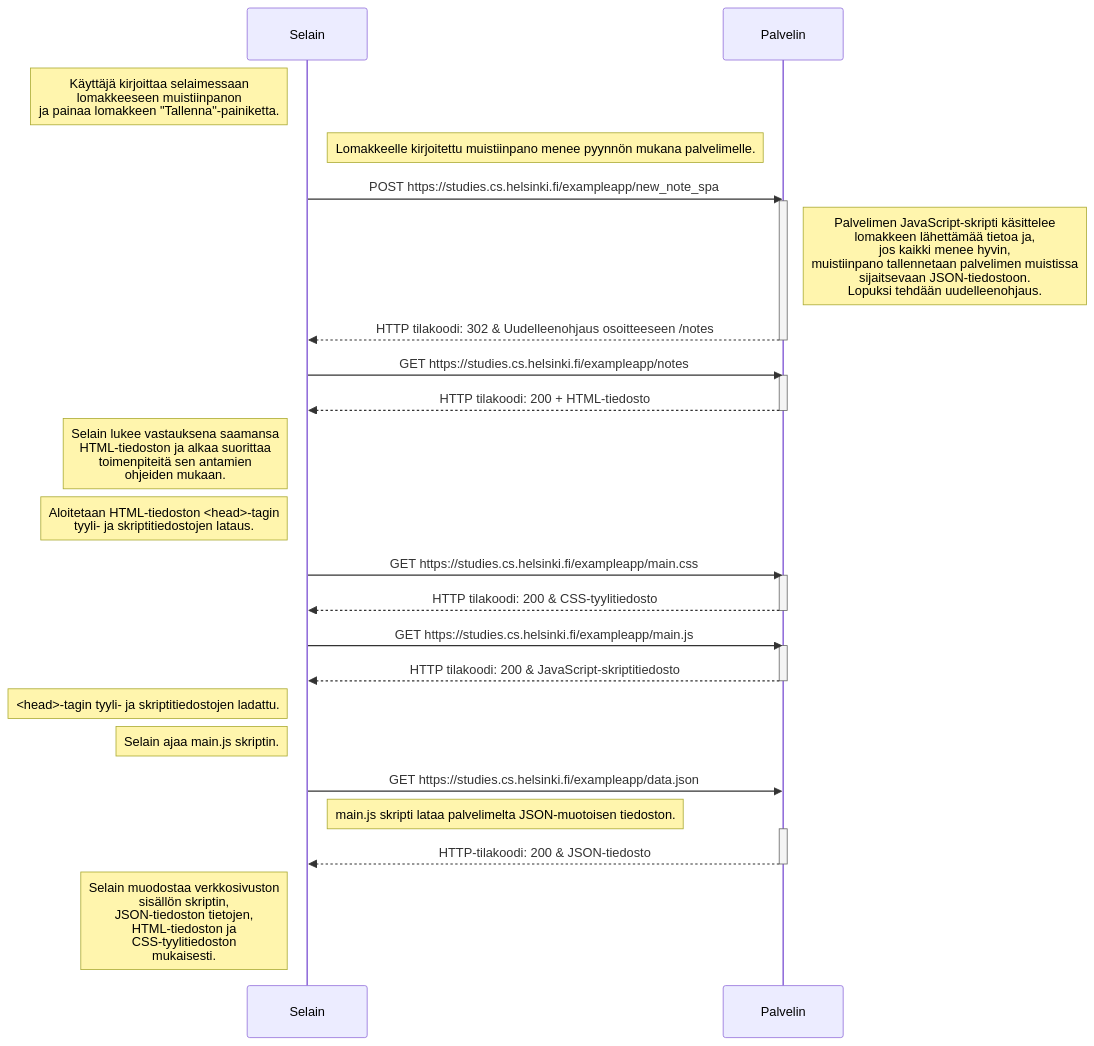
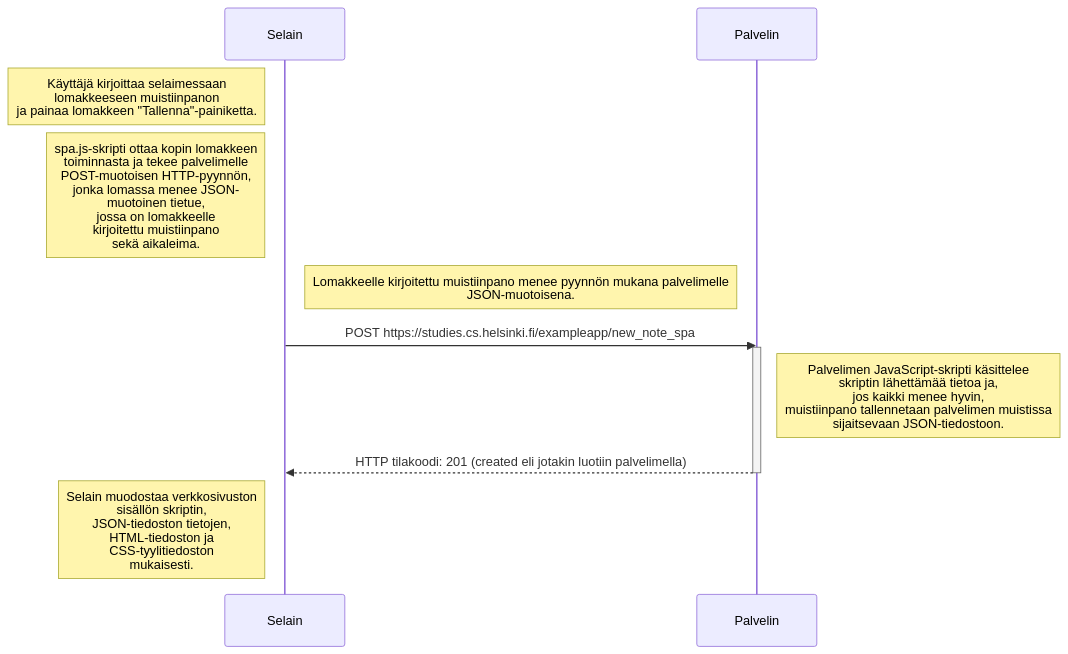
The diagram in osa0/T0.6.md (shamaanikala/FullStack-HY-k2023), drawn with Mermaid before and after one commit.

Commit message:
Vastaus melkein valmis

````diff
--- a/osa0/T0.6.md
+++ b/osa0/T0.6.md
@@ -1,45 +1,17 @@
 ```mermaid
 sequenceDiagram
     participant Selain
     participant Palvelin
     
     Note left of Selain: Käyttäjä kirjoittaa selaimessaan<br>lomakkeeseen muistiinpanon<br>ja painaa lomakkeen "Tallenna"-painiketta.
+    Note left of Selain: spa.js-skripti ottaa kopin lomakkeen<br>toiminnasta ja tekee palvelimelle<br>POST-muotoisen HTTP-pyynnön,<br>jonka lomassa menee JSON-<br>muotoinen tietue,<br>jossa on lomakkeelle<br>kirjoitettu muistiinpano<br>sekä aikaleima.
     
-    Note right of Selain: Lomakkeelle kirjoitettu muistiinpano menee pyynnön mukana palvelimelle.
+    Note right of Selain: Lomakkeelle kirjoitettu muistiinpano menee pyynnön mukana palvelimelle<br>JSON-muotoisena.
     Selain->>Palvelin: POST https://studies.cs.helsinki.fi/exampleapp/new_note_spa
     activate Palvelin
-    Note right of Palvelin: Palvelimen JavaScript-skripti käsittelee<br>lomakkeen lähettämää tietoa ja,<br>jos kaikki menee hyvin,<br>muistiinpano tallennetaan palvelimen muistissa<br>sijaitsevaan JSON-tiedostoon.<br>Lopuksi tehdään uudelleenohjaus.
-    Palvelin-->>Selain: HTTP tilakoodi: 302 & Uudelleenohjaus osoitteeseen /notes
-    deactivate Palvelin
-    
-    Selain->>Palvelin: GET https://studies.cs.helsinki.fi/exampleapp/notes
-    activate Palvelin
-    Palvelin-->>Selain: HTTP tilakoodi: 200 + HTML-tiedosto
-    deactivate Palvelin
-    
-    Note left of Selain: Selain lukee vastauksena saamansa<br>HTML-tiedoston ja alkaa suorittaa<br>toimenpiteitä sen antamien<br>ohjeiden mukaan.
-    
-    Note left of Selain: Aloitetaan HTML-tiedoston <head>-tagin<br>tyyli- ja skriptitiedostojen lataus.
-    
-    Selain->>Palvelin: GET https://studies.cs.helsinki.fi/exampleapp/main.css
-    activate Palvelin
-    Palvelin-->>Selain: HTTP tilakoodi: 200 & CSS-tyylitiedosto
-    deactivate Palvelin
-    
-    Selain->>Palvelin: GET https://studies.cs.helsinki.fi/exampleapp/main.js
-    activate Palvelin
-    Palvelin-->>Selain: HTTP tilakoodi: 200 & JavaScript-skriptitiedosto
-    deactivate Palvelin
-    
-    Note left of Selain: <head>-tagin tyyli- ja skriptitiedostojen ladattu.
-    
-    Note left of Selain: Selain ajaa main.js skriptin.
-    
-    Selain->>Palvelin: GET https://studies.cs.helsinki.fi/exampleapp/data.json
-    Note right of Selain: main.js skripti lataa palvelimelta JSON-muotoisen tiedoston.
-    activate Palvelin
-    Palvelin-->>Selain: HTTP-tilakoodi: 200 & JSON-tiedosto
+    Note right of Palvelin: Palvelimen JavaScript-skripti käsittelee<br>skriptin lähettämää tietoa ja,<br>jos kaikki menee hyvin,<br>muistiinpano tallennetaan palvelimen muistissa<br>sijaitsevaan JSON-tiedostoon.
+    Palvelin-->>Selain: HTTP tilakoodi: 201 (created eli jotakin luotiin palvelimella)
     deactivate Palvelin
     
     Note left of Selain: Selain muodostaa verkkosivuston<br>sisällön skriptin,<br>JSON-tiedoston tietojen,<br>HTML-tiedoston ja<br>CSS-tyylitiedoston<br>mukaisesti.
 ```
````
